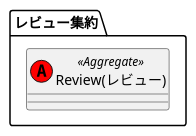
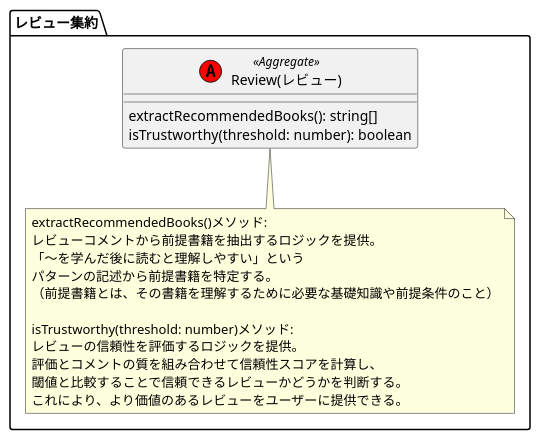
The diagram in CatalogService/Domain/models/Review/Review.pu (kter/domain-driven-design), drawn with PlantUML before and after one commit. The commit also changed 1 other file, not shown here.

Commit message:
ビジネスルールの具体化

```diff
--- a/CatalogService/Domain/models/Review/Review.pu
+++ b/CatalogService/Domain/models/Review/Review.pu
@@ -1,5 +1,22 @@
 package "レビュー集約" {
     '1. 集約とポリシーの表現
     class "Review(レビュー)" as Review << (A, red) Aggregate >> {
+        extractRecommendedBooks(): string[]
+        isTrustworthy(threshold: number): boolean
     }
+
+    '2. ビジネスルールの具体化
+    note bottom of Review
+        extractRecommendedBooks()メソッド:
+        レビューコメントから前提書籍を抽出するロジックを提供。
+        「〜を学んだ後に読むと理解しやすい」という
+        パターンの記述から前提書籍を特定する。
+        （前提書籍とは、その書籍を理解するために必要な基礎知識や前提条件のこと）
+
+        isTrustworthy(threshold: number)メソッド:
+        レビューの信頼性を評価するロジックを提供。
+        評価とコメントの質を組み合わせて信頼性スコアを計算し、
+        閾値と比較することで信頼できるレビューかどうかを判断する。
+        これにより、より価値のあるレビューをユーザーに提供できる。
+    end note
 }
```
